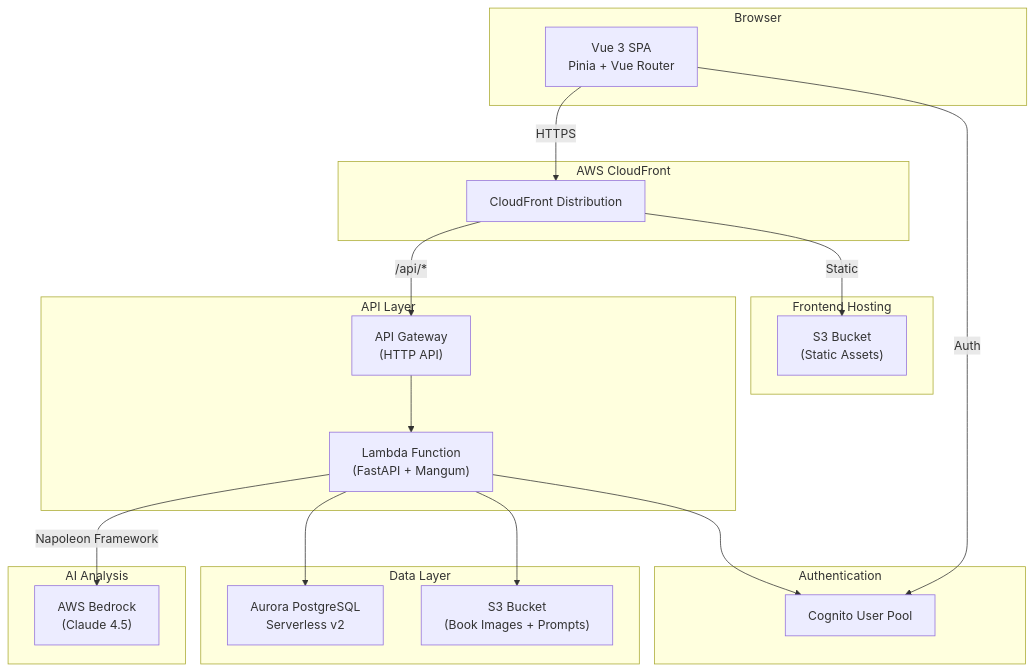
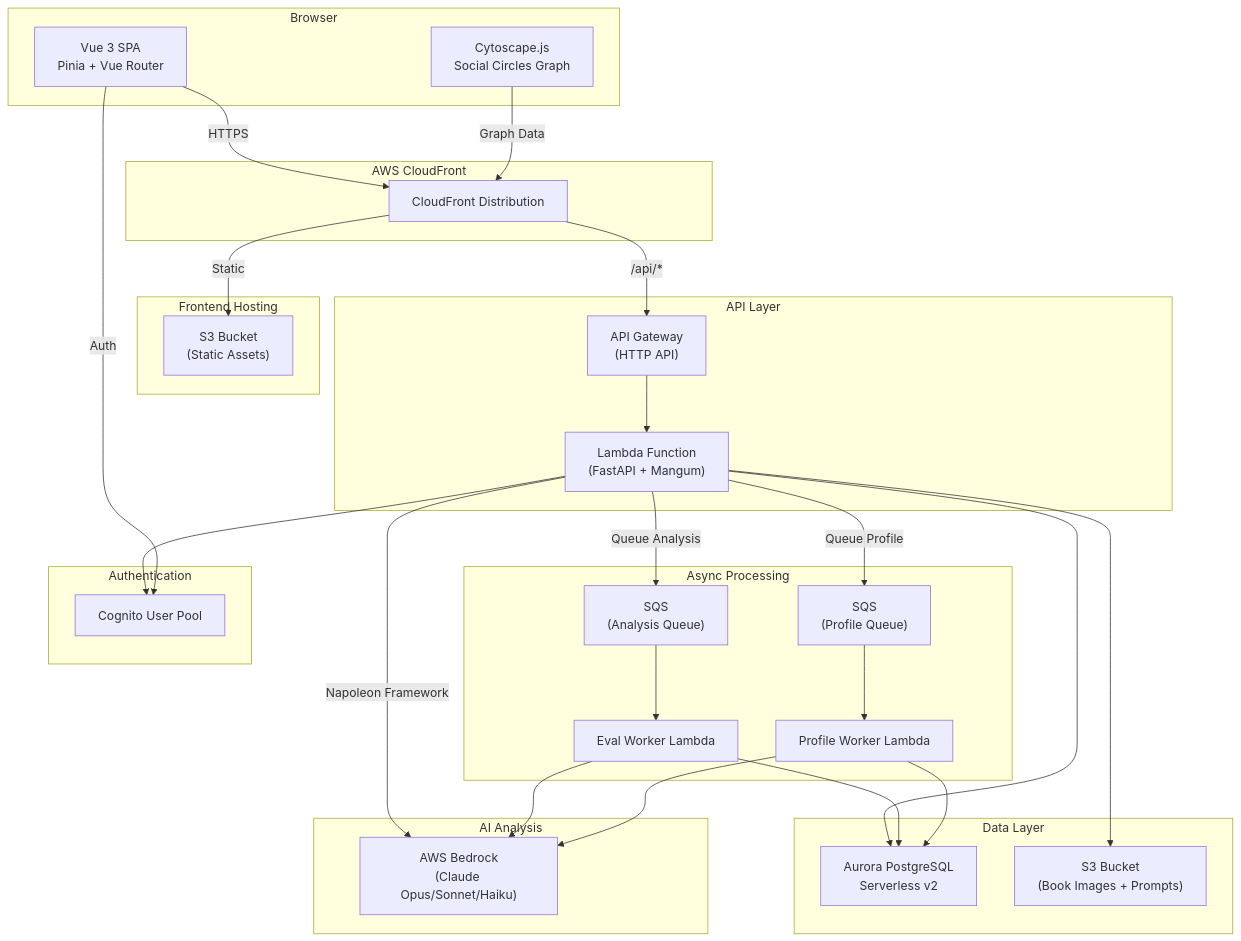
One commit to markthebest12/bluemoxon changed the fifth of 10 diagrams in docs/ARCHITECTURE.md. Above: the diagram before and after it, drawn with Mermaid. The commit also changed other lines of this file and 11 other files, not shown here.

````diff
--- a/docs/ARCHITECTURE.md
+++ b/docs/ARCHITECTURE.md
@@ -266,42 +268,59 @@
 ```mermaid
 flowchart TB
     subgraph Client["Browser"]
         Vue["Vue 3 SPA<br/>Pinia + Vue Router"]
+        Cytoscape["Cytoscape.js<br/>Social Circles Graph"]
     end
 
     subgraph CDN["AWS CloudFront"]
         CF["CloudFront Distribution"]
     end
 
     subgraph Frontend["Frontend Hosting"]
         S3F["S3 Bucket<br/>(Static Assets)"]
     end
 
     subgraph API["API Layer"]
         APIGW["API Gateway<br/>(HTTP API)"]
         Lambda["Lambda Function<br/>(FastAPI + Mangum)"]
     end
 
+    subgraph Async["Async Processing"]
+        SQS_Analysis["SQS<br/>(Analysis Queue)"]
+        SQS_Profile["SQS<br/>(Profile Queue)"]
+        Worker["Eval Worker Lambda"]
+        ProfileWorker["Profile Worker Lambda"]
+    end
+
     subgraph Auth["Authentication"]
         Cognito["Cognito User Pool"]
     end
 
     subgraph Data["Data Layer"]
         Aurora["Aurora PostgreSQL<br/>Serverless v2"]
         S3I["S3 Bucket<br/>(Book Images + Prompts)"]
     end
 
     subgraph AI["AI Analysis"]
-        Bedrock["AWS Bedrock<br/>(Claude 4.5)"]
+        Bedrock["AWS Bedrock<br/>(Claude Opus/Sonnet/Haiku)"]
     end
 
     Vue -->|HTTPS| CF
+    Cytoscape -->|Graph Data| CF
     CF -->|Static| S3F
     CF -->|/api/*| APIGW
     APIGW --> Lambda
     Lambda --> Aurora
     Lambda --> S3I
     Lambda --> Cognito
     Lambda -->|Napoleon Framework| Bedrock
+    Lambda -->|Queue Analysis| SQS_Analysis
+    Lambda -->|Queue Profile| SQS_Profile
+    SQS_Analysis --> Worker
+    SQS_Profile --> ProfileWorker
+    Worker --> Bedrock
+    ProfileWorker --> Bedrock
+    Worker --> Aurora
+    ProfileWorker --> Aurora
     Vue -->|Auth| Cognito
 ```
````
